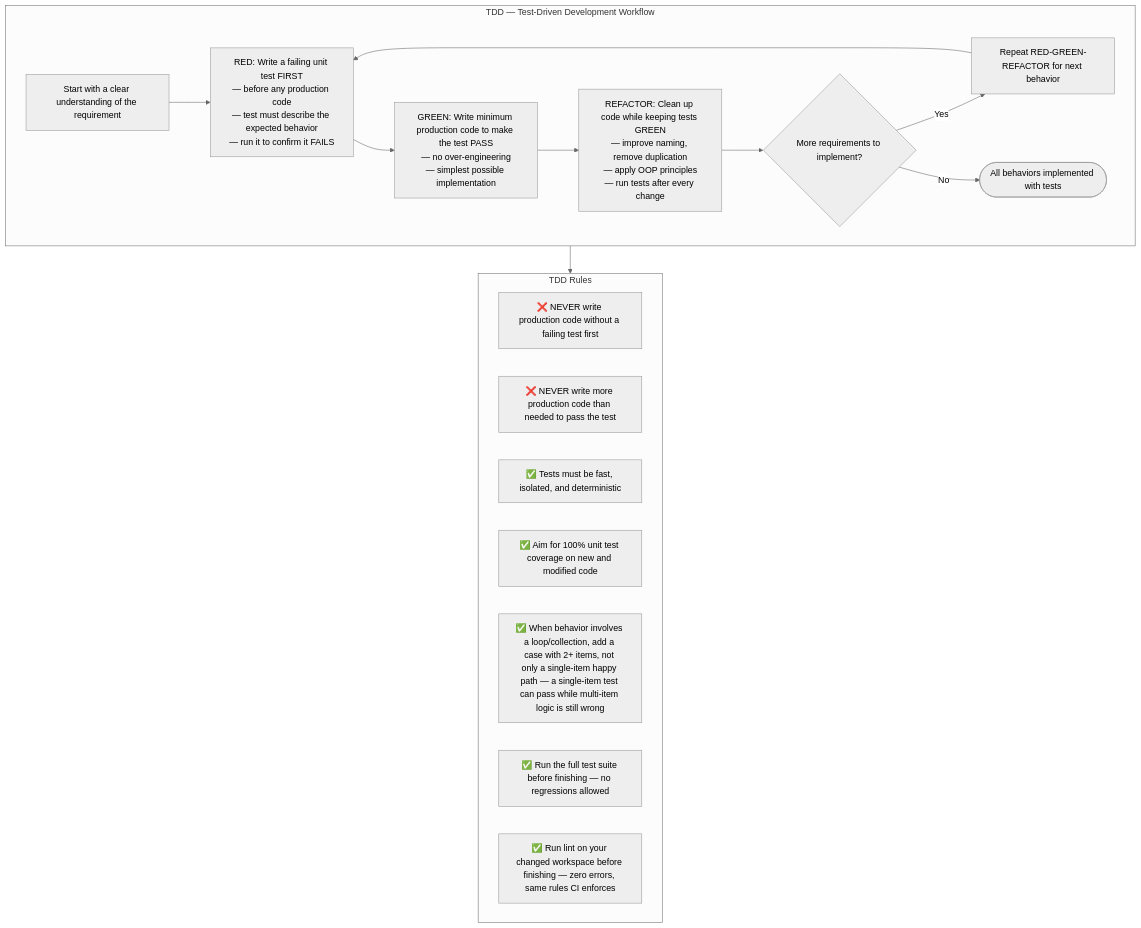
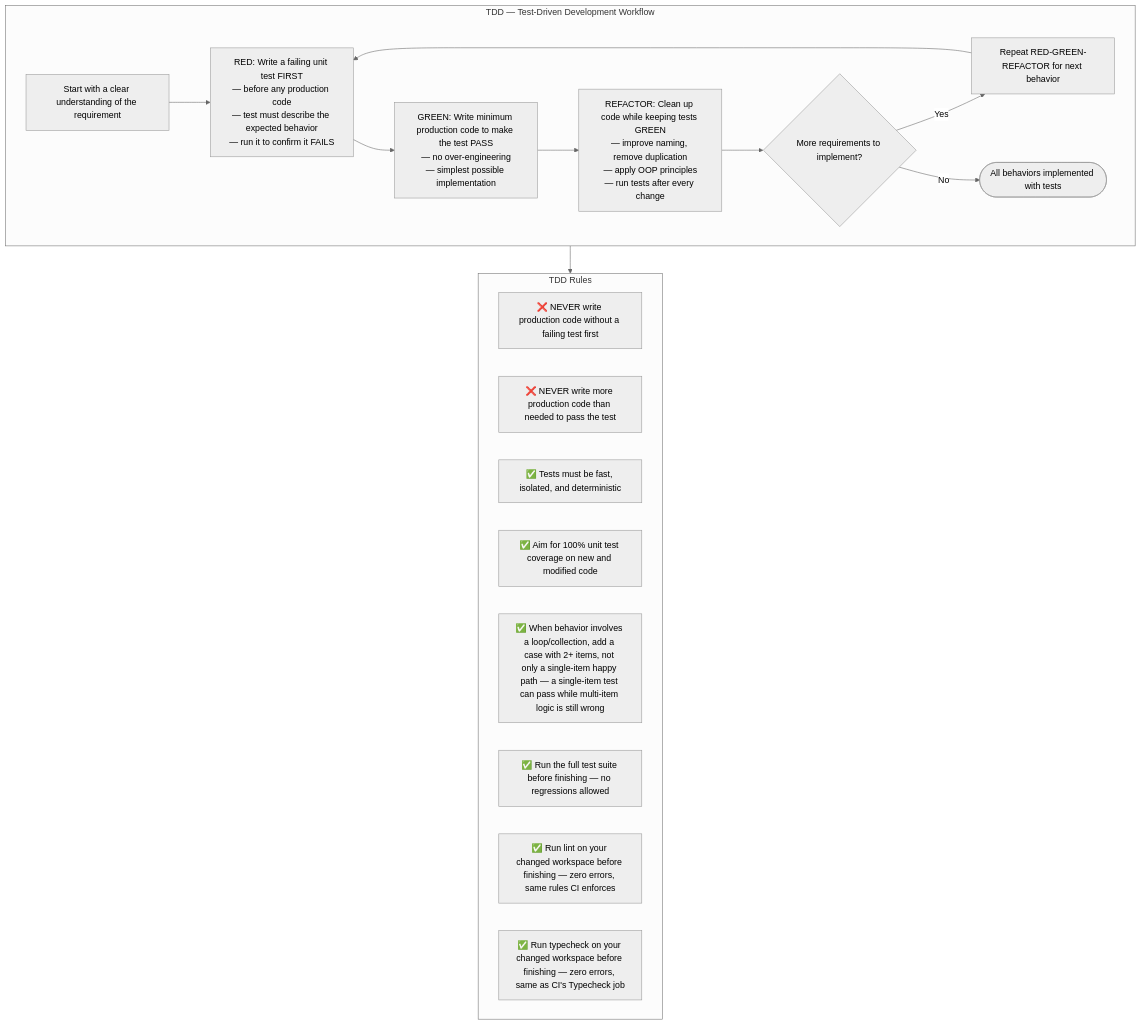
One commit to kejno/bonapp changed the diagram in .dmtools/agents/instructions/story_development/tdd_approach.md. Above: the diagram before and after it, drawn with Mermaid (neutral theme). The commit also changed 1 other file, not shown here.

Commit message:
feat(dmtools): require typecheck pass in story_development before PR
Mirrors the lint requirement added in e785cd1 — CI runs a separate
Typecheck job (tsc --noEmit) that dev agents never ran locally either.

````diff
--- a/.dmtools/agents/instructions/story_development/tdd_approach.md
+++ b/.dmtools/agents/instructions/story_development/tdd_approach.md
@@ -1,26 +1,27 @@
 ```mermaid
 flowchart TD
     subgraph TDD["TDD — Test-Driven Development Workflow"]
         T0["Start with a clear understanding of the requirement"]
         T1["RED: Write a failing unit test FIRST<br/>— before any production code<br/>— test must describe the expected behavior<br/>— run it to confirm it FAILS"]
         T2["GREEN: Write minimum production code to make the test PASS<br/>— no over-engineering<br/>— simplest possible implementation"]
         T3["REFACTOR: Clean up code while keeping tests GREEN<br/>— improve naming, remove duplication<br/>— apply OOP principles<br/>— run tests after every change"]
         T4{"More requirements to implement?"}
         T5["Repeat RED-GREEN-REFACTOR for next behavior"]
         T0 --> T1 --> T2 --> T3 --> T4
         T4 -->|Yes| T5 --> T1
         T4 -->|No| DONE([All behaviors implemented with tests])
     end
 
     subgraph RULES["TDD Rules"]
         R1["❌ NEVER write production code without a failing test first"]
         R2["❌ NEVER write more production code than needed to pass the test"]
         R3["✅ Tests must be fast, isolated, and deterministic"]
         R4["✅ Aim for 100% unit test coverage on new and modified code"]
         R5["✅ When behavior involves a loop/collection, add a case with 2+ items, not only a single-item happy path — a single-item test can pass while multi-item logic is still wrong"]
         R6["✅ Run the full test suite before finishing — no regressions allowed"]
         R7["✅ Run lint on your changed workspace before finishing — zero errors, same rules CI enforces"]
+        R8["✅ Run typecheck on your changed workspace before finishing — zero errors, same as CI's Typecheck job"]
     end
 
     TDD --> RULES
 ```
````
